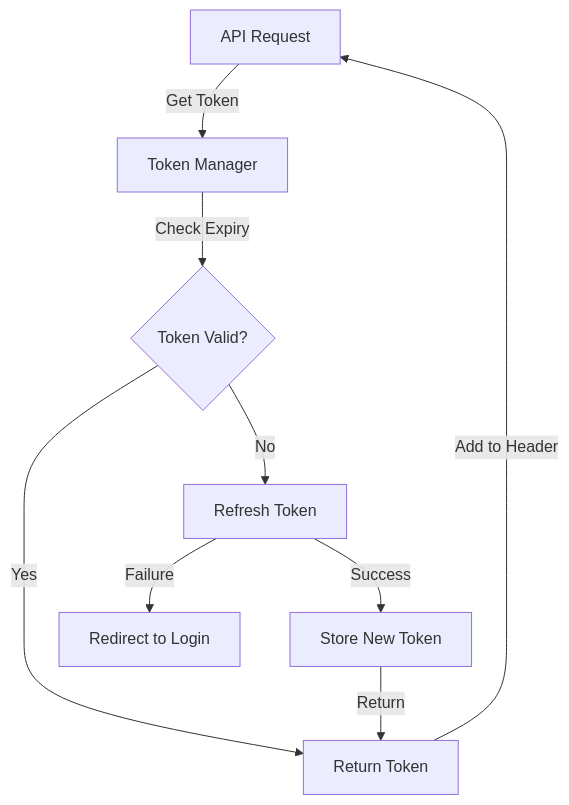
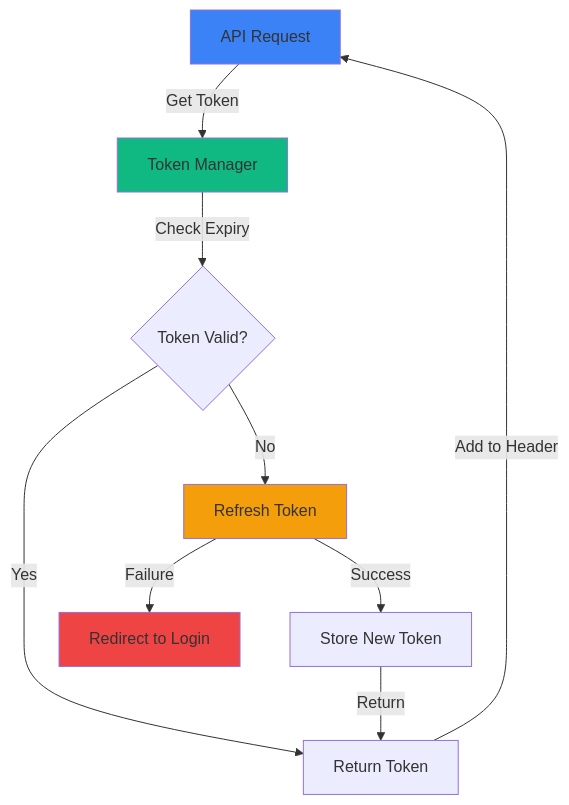
Before and after one commit to amertarva/amertask: the fifth of 27 diagrams in apps/web/ARCHITECTURE.md, drawn with Mermaid. The commit also changed other lines of this file and 150 other files, not shown here.

````diff
--- a/apps/web/ARCHITECTURE.md
+++ b/apps/web/ARCHITECTURE.md
@@ -367,11 +689,16 @@
 ```mermaid
 graph TB
     A[API Request] -->|Get Token| B[Token Manager]
     B -->|Check Expiry| C{Token Valid?}
     C -->|Yes| D[Return Token]
     C -->|No| E[Refresh Token]
     E -->|Success| F[Store New Token]
     E -->|Failure| G[Redirect to Login]
     F -->|Return| D
     D -->|Add to Header| A
+
+    style A fill:#3b82f6
+    style B fill:#10b981
+    style E fill:#f59e0b
+    style G fill:#ef4444
 ```
````
